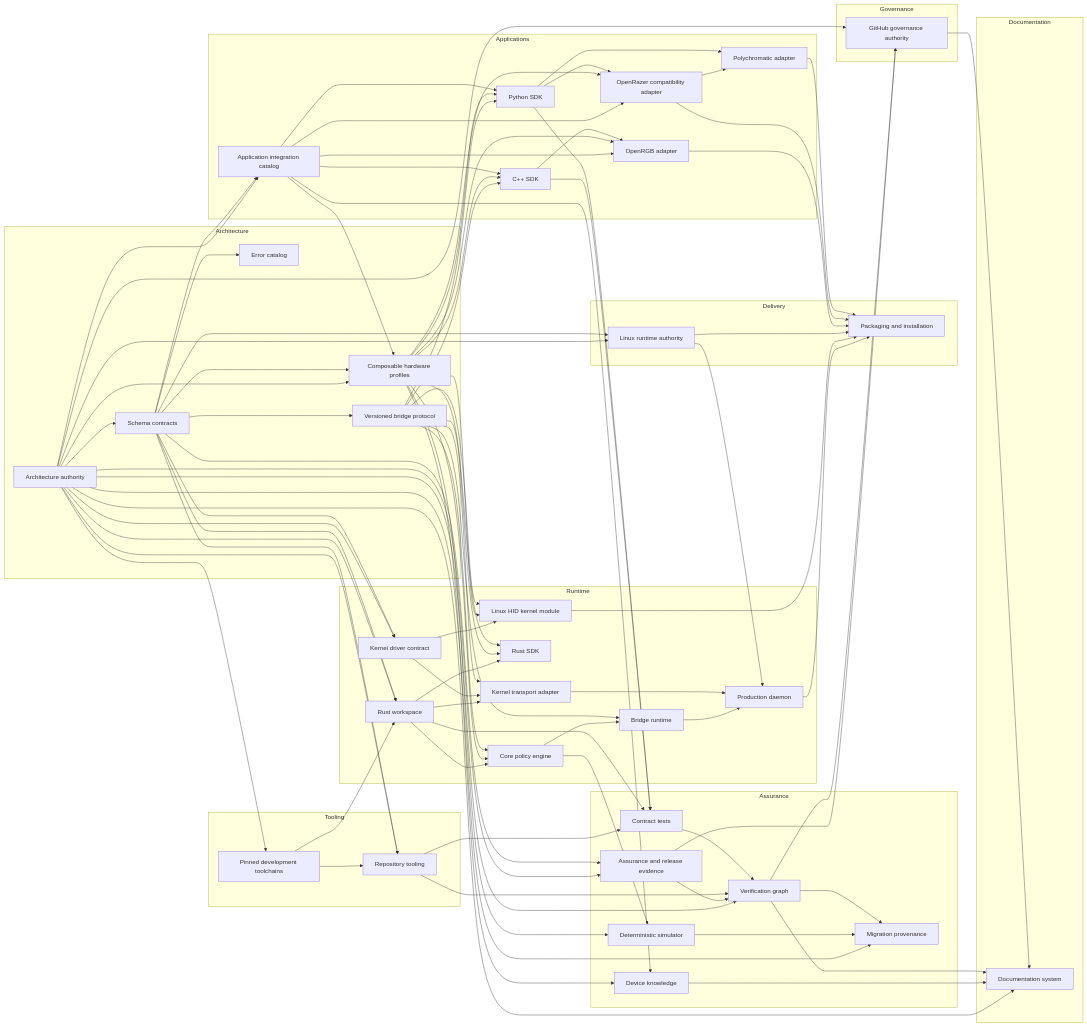
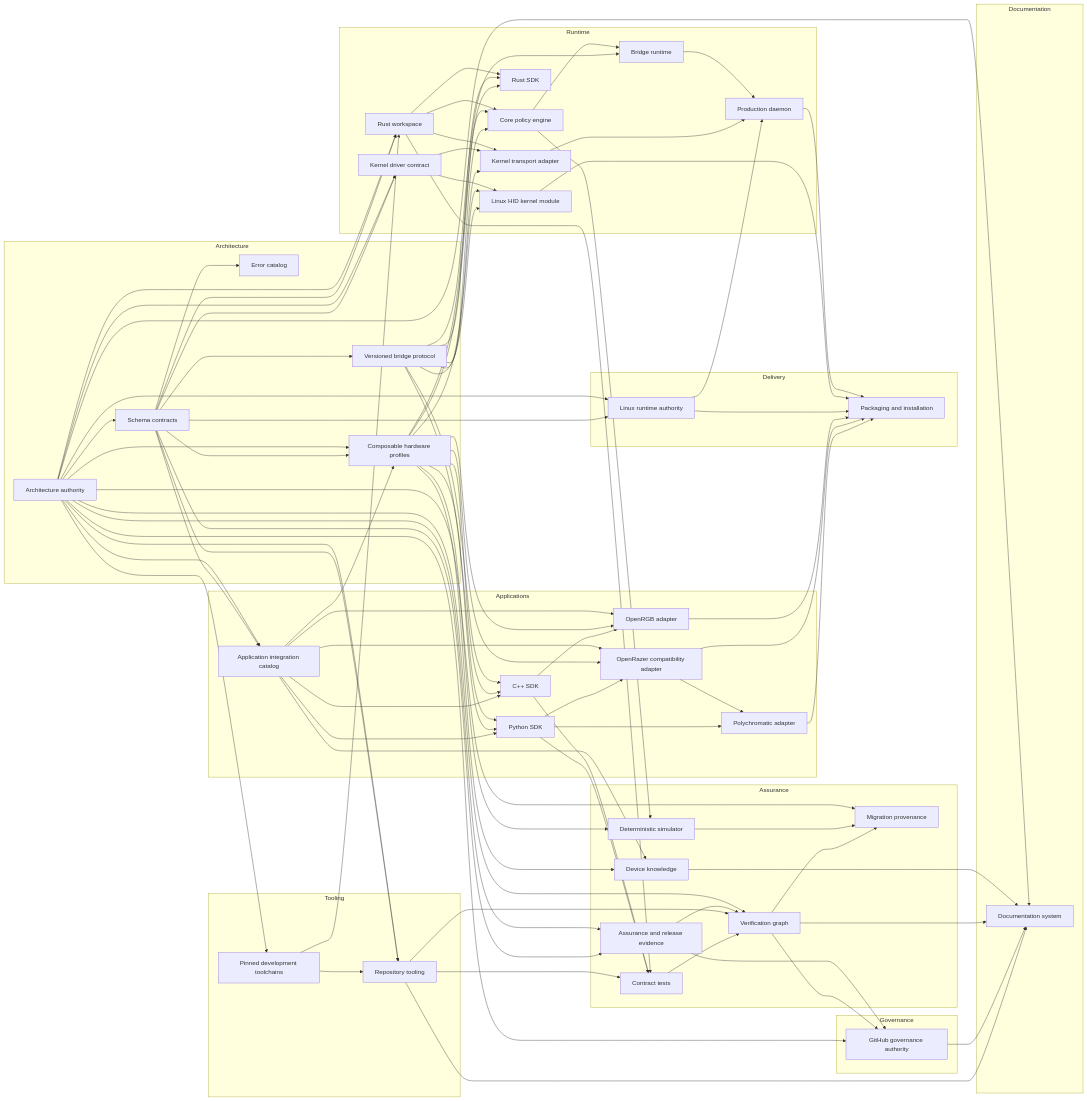
Before and after one commit to offalexjackson777-stack/hyperflux-next: the diagram in docs/generated/repository-atlas.md, drawn with Mermaid. The commit also changed other lines of this file and 67 other files, not shown here.

```diff
--- a/docs/generated/repository-atlas.md
+++ b/docs/generated/repository-atlas.md
@@ -133,6 +133,7 @@
     n_device_knowledge --> n_documentation
     n_verification --> n_documentation
     n_governance --> n_documentation
+    n_tooling --> n_documentation
     n_architecture --> n_verification
     n_assurance --> n_verification
     n_tooling --> n_verification
```
